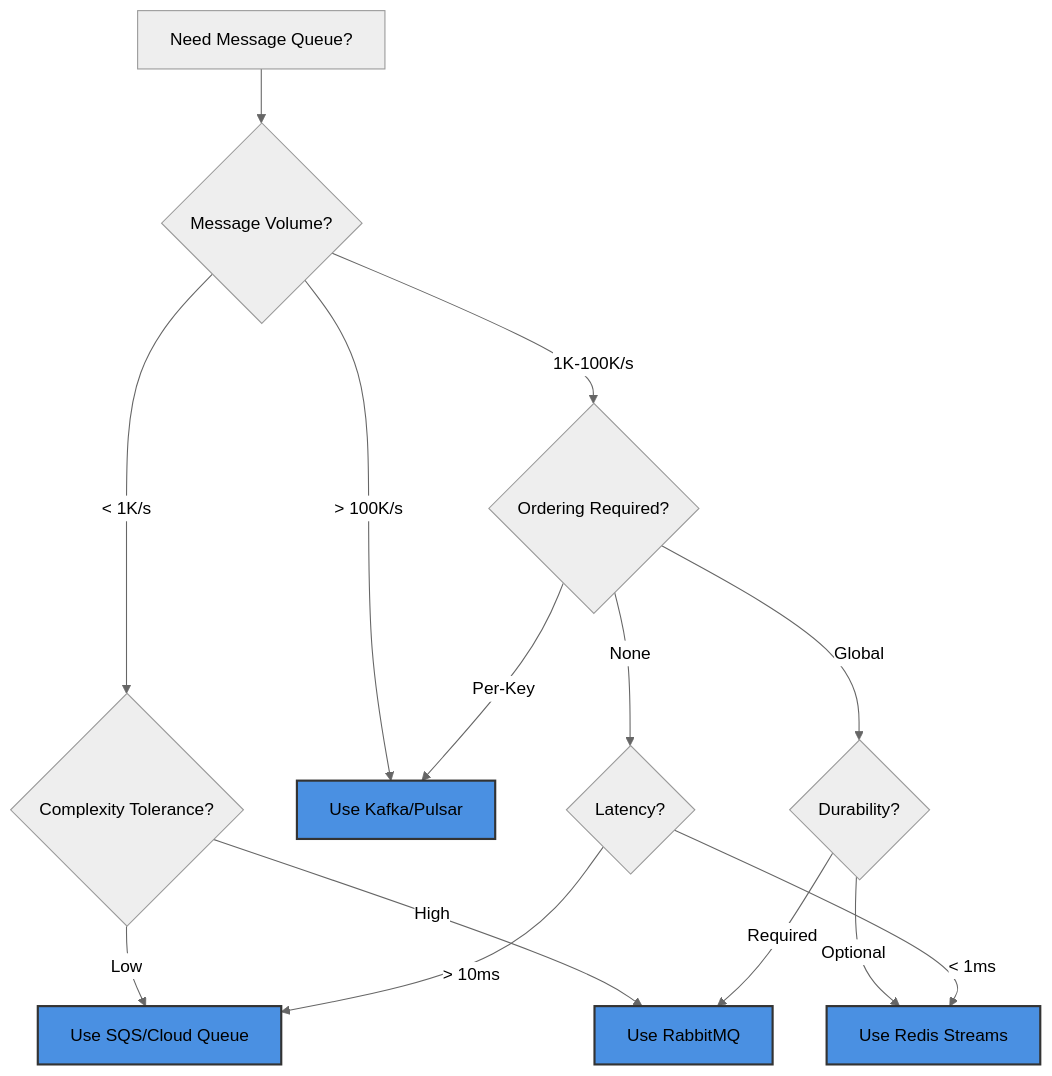
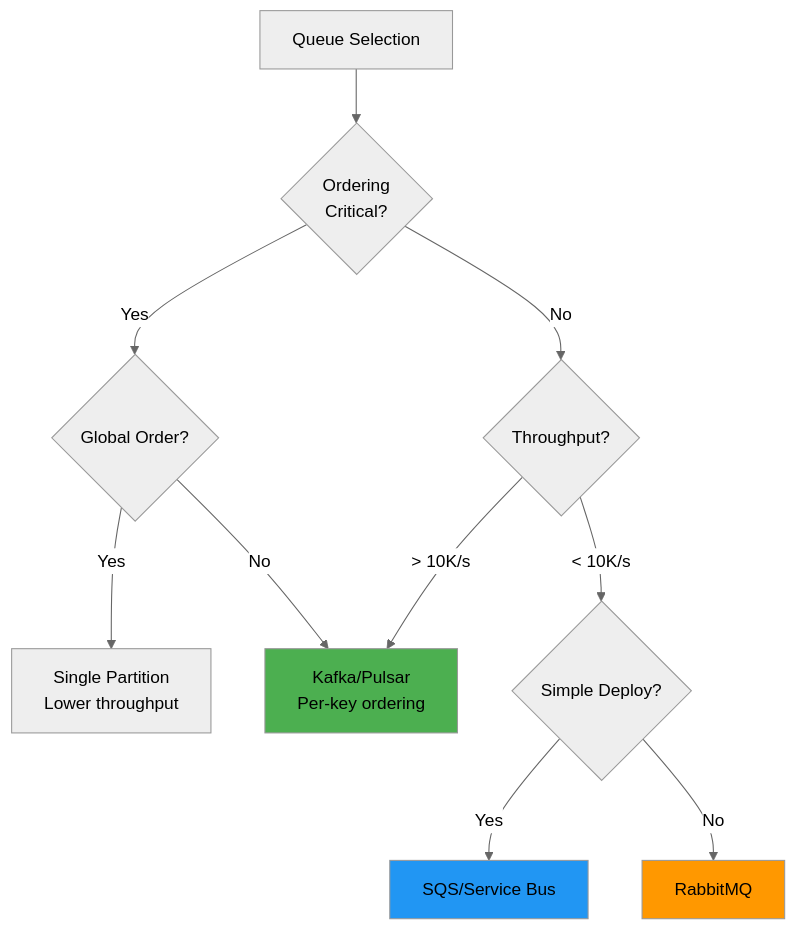
Before and after one commit to deepaucksharma/DStudio: the eighth of 8 diagrams in docs/pattern-library/coordination/distributed-queue.md, drawn with Mermaid (neutral theme). The commit also changed other lines of this file and 8 other files, not shown here.

````diff
--- a/docs/pattern-library/coordination/distributed-queue.md
+++ b/docs/pattern-library/coordination/distributed-queue.md
@@ -1292,26 +1154,20 @@
 ```mermaid
 graph TD
-    Start[Need Message Queue?] --> Q1{Message Volume?}
+    Start[Queue Selection] --> O1{Ordering<br/>Critical?}
     
-    Q1 -->|< 1K/s| Q2{Complexity Tolerance?}
-    Q1 -->|1K-100K/s| Q3{Ordering Required?}
-    Q1 -->|> 100K/s| Kafka[Use Kafka/Pulsar]
+    O1 -->|Yes| O2{Global Order?}
+    O1 -->|No| T1{Throughput?}
     
-    Q2 -->|Low| SQS[Use SQS/Cloud Queue]
-    Q2 -->|High| RabbitMQ[Use RabbitMQ]
+    O2 -->|Yes| Single[Single Partition<br/>Lower throughput]
+    O2 -->|No| Kafka[Kafka/Pulsar<br/>Per-key ordering]
     
-    Q3 -->|Global| Q4{Durability?}
-    Q3 -->|Per-Key| Kafka
-    Q3 -->|None| Q5{Latency?}
+    T1 -->|< 10K/s| Simple{Simple Deploy?}
+    T1 -->|> 10K/s| Kafka
     
-    Q4 -->|Required| RabbitMQ
-    Q4 -->|Optional| Redis[Use Redis Streams]
+    Simple -->|Yes| Cloud[SQS/Service Bus]
+    Simple -->|No| RabbitMQ[RabbitMQ]
     
-    Q5 -->|< 1ms| Redis
-    Q5 -->|> 10ms| SQS
-    
-    style Kafka fill:#4a90e2,stroke:#333,stroke-width:2px
-    style RabbitMQ fill:#4a90e2,stroke:#333,stroke-width:2px
-    style SQS fill:#4a90e2,stroke:#333,stroke-width:2px
-    style Redis fill:#4a90e2,stroke:#333,stroke-width:2px
+    style Kafka fill:#4CAF50
+    style Cloud fill:#2196F3
+    style RabbitMQ fill:#FF9800
 ```
````
